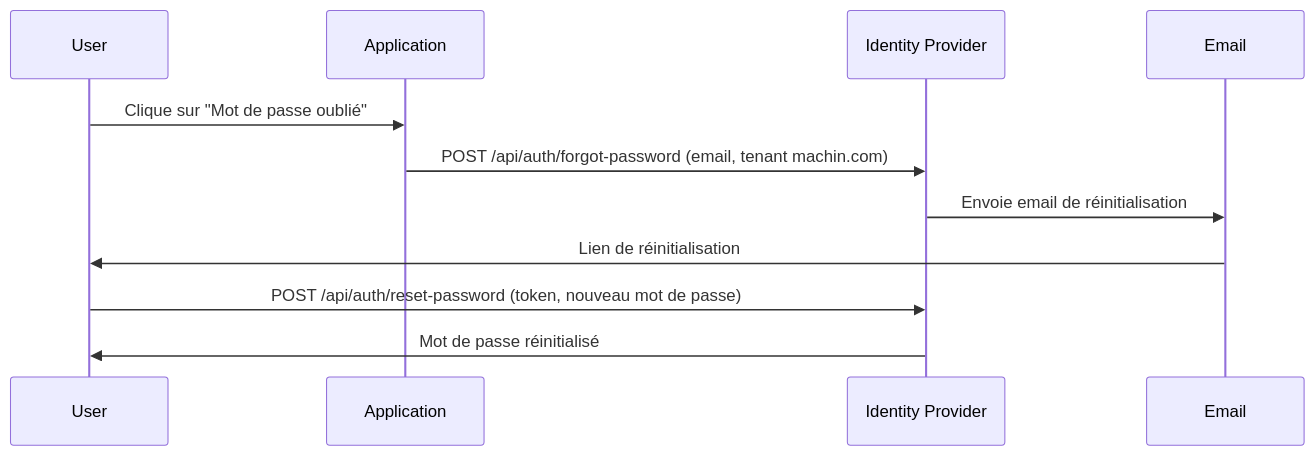
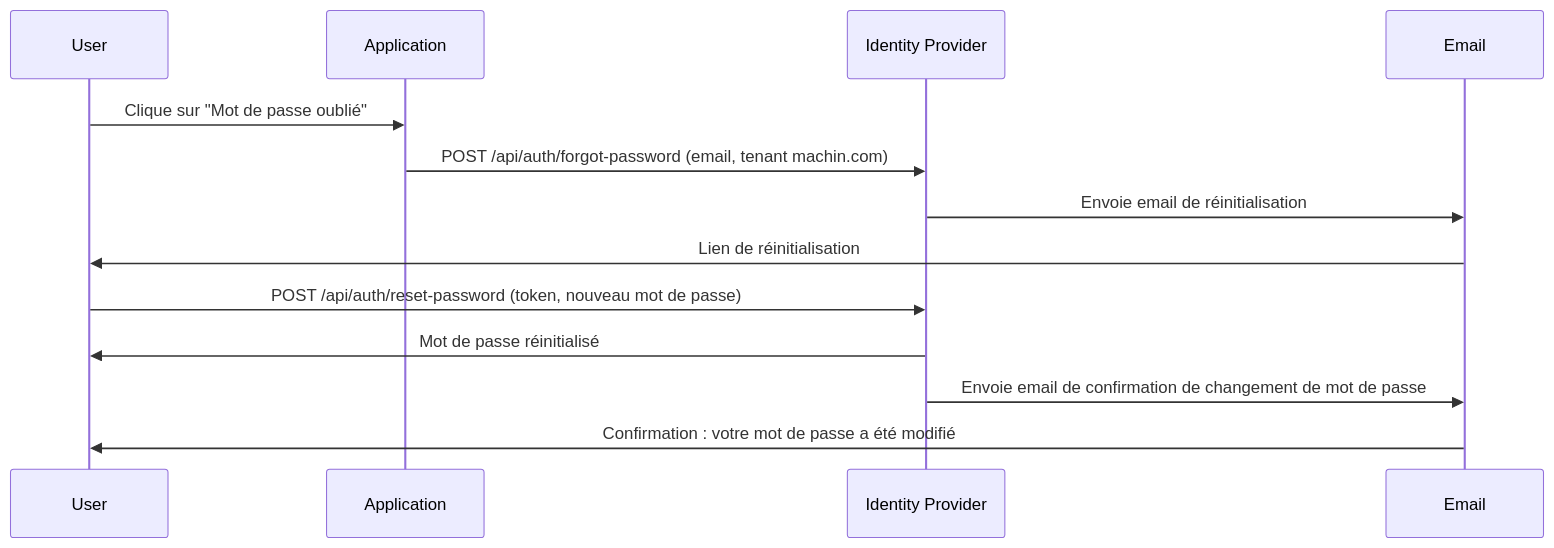
Diagram 15 of 16 in docs/identity-flows-mermaid.md (FantasticJoho/johodp), drawn with Mermaid before and after one commit. The commit also changed other lines of this file and 1 other file, not shown here.

Commit message:
feat: Add email confirmation steps for account activation and password reset flows in identity diagrams

````diff
--- a/docs/identity-flows-mermaid.md
+++ b/docs/identity-flows-mermaid.md
@@ -236,14 +273,16 @@
 ```mermaid
 sequenceDiagram
     participant User
     participant App as Application
     participant IdP as Identity Provider
     participant Email
 
     User->>App: Clique sur "Mot de passe oublié"
     App->>IdP: POST /api/auth/forgot-password (email, tenant machin.com)
     IdP->>Email: Envoie email de réinitialisation
     Email->>User: Lien de réinitialisation
     User->>IdP: POST /api/auth/reset-password (token, nouveau mot de passe)
     IdP->>User: Mot de passe réinitialisé
+    IdP->>Email: Envoie email de confirmation de changement de mot de passe
+    Email->>User: Confirmation : votre mot de passe a été modifié
 ```
````
